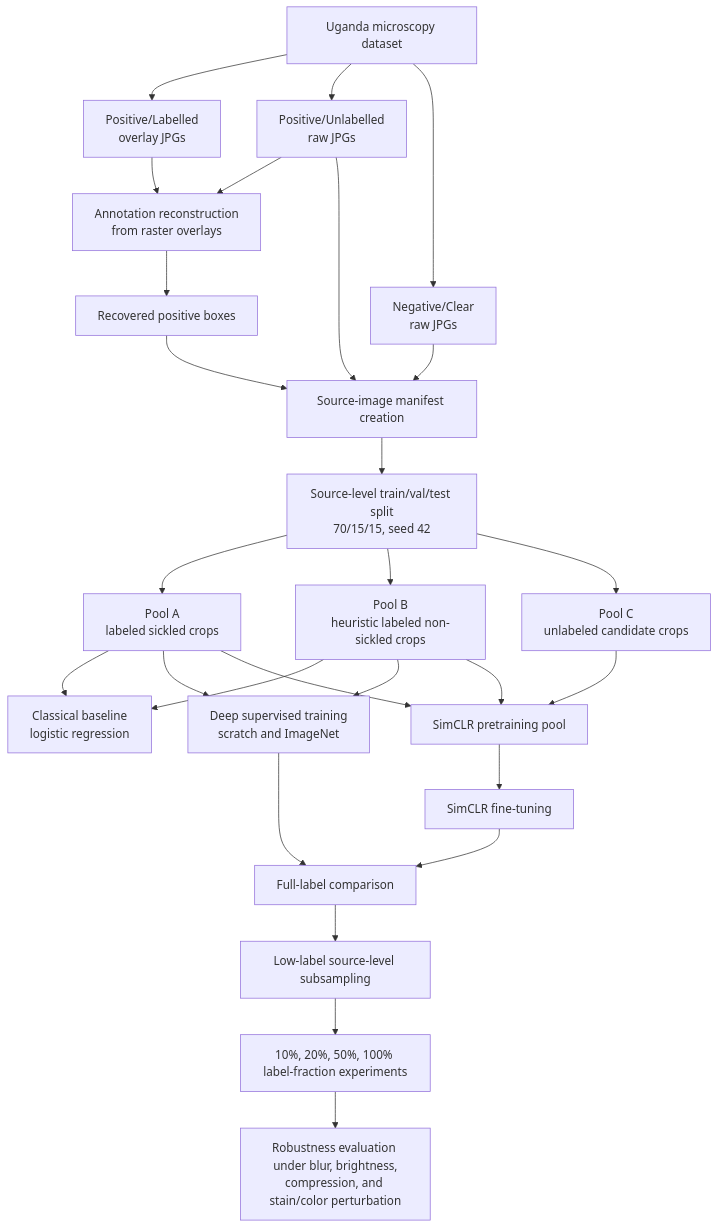
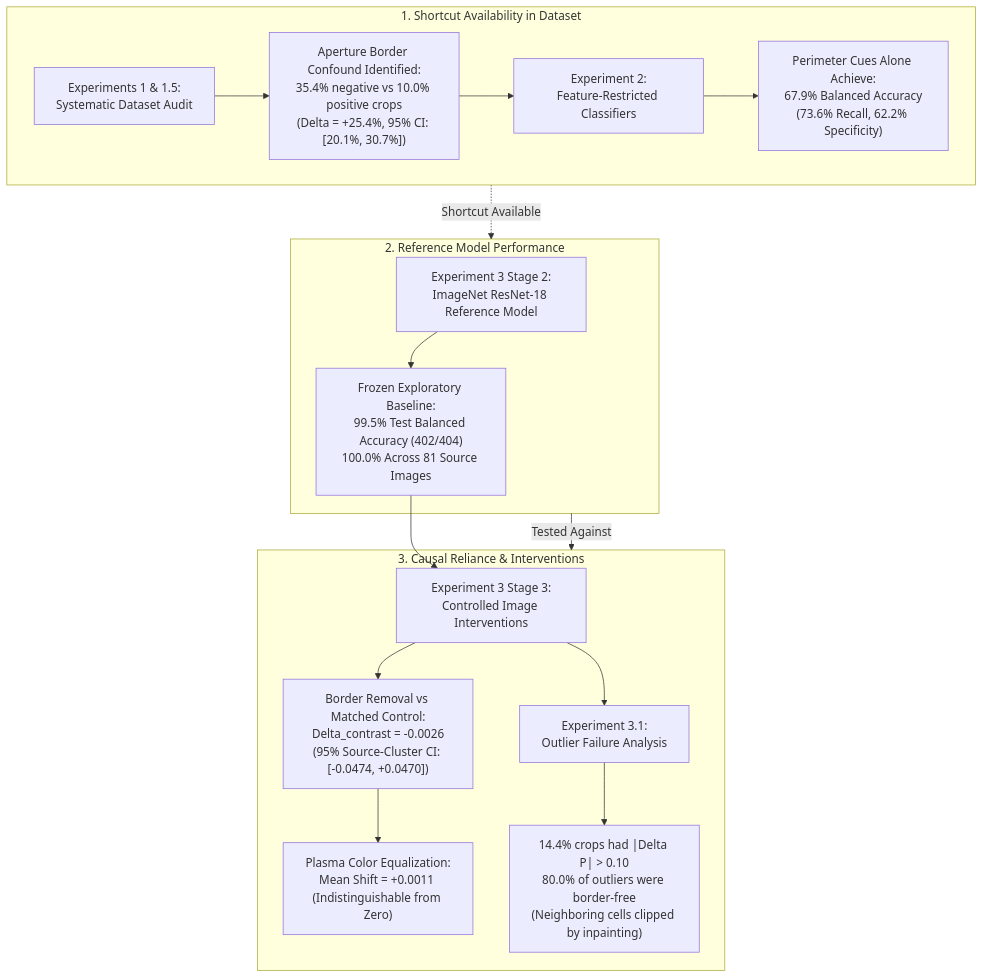
Before and after one commit to Shubhdeepdsa/sickel_cell_ssl: the first of 2 diagrams in README.md, drawn with Mermaid. The commit also changed other lines of this file, not shown here.

Commit message:
docs(readme): overhaul README into publication-grade research paper presentation with figures, architecture, and audit synthesis

````diff
--- a/README.md
+++ b/README.md
@@ -36,36 +41,23 @@
 ```mermaid
 flowchart TD
-    A["Uganda microscopy dataset"] --> B["Positive/Labelled<br/>overlay JPGs"]
-    A --> C["Positive/Unlabelled<br/>raw JPGs"]
-    A --> D["Negative/Clear<br/>raw JPGs"]
+    subgraph Part1 ["1. Shortcut Availability in Dataset"]
+        A["Experiments 1 & 1.5:<br/>Systematic Dataset Audit"] --> B["Aperture Border Confound Identified:<br/>35.4% negative vs 10.0% positive crops<br/>(Delta = +25.4%, 95% CI: [20.1%, 30.7%])"]
+        B --> C["Experiment 2:<br/>Feature-Restricted Classifiers"]
+        C --> D["Perimeter Cues Alone Achieve:<br/>67.9% Balanced Accuracy<br/>(73.6% Recall, 62.2% Specificity)"]
+    end
 
-    B --> E["Annotation reconstruction<br/>from raster overlays"]
-    C --> E
-    E --> F["Recovered positive boxes"]
+    subgraph Part2 ["2. Reference Model Performance"]
+        E["Experiment 3 Stage 2:<br/>ImageNet ResNet-18 Reference Model"] --> F["Frozen Exploratory Baseline:<br/>99.5% Test Balanced Accuracy (402/404)<br/>100.0% Across 81 Source Images"]
+    end
 
-    C --> G["Source-image manifest creation"]
-    D --> G
-    F --> G
+    subgraph Part3 ["3. Causal Reliance & Interventions"]
+        F --> G["Experiment 3 Stage 3:<br/>Controlled Image Interventions"]
+        G --> H["Border Removal vs Matched Control:<br/>Delta_contrast = -0.0026<br/>(95% Source-Cluster CI: [-0.0474, +0.0470])"]
+        H --> I["Plasma Color Equalization:<br/>Mean Shift = +0.0011 (Indistinguishable from Zero)"]
+        G --> J["Experiment 3.1:<br/>Outlier Failure Analysis"]
+        J --> K["14.4% crops had |Delta P| > 0.10<br/>80.0% of outliers were border-free<br/>(Neighboring cells clipped by inpainting)"]
+    end
 
-    G --> H["Source-level train/val/test split<br/>70/15/15, seed 42"]
-    H --> I["Pool A<br/>labeled sickled crops"]
-    H --> J["Pool B<br/>heuristic labeled non-sickled crops"]
-    H --> K["Pool C<br/>unlabeled candidate crops"]
-
-    I --> L["Classical baseline<br/>logistic regression"]
-    J --> L
-
-    I --> M["Deep supervised training<br/>scratch and ImageNet"]
-    J --> M
-
-    I --> N["SimCLR pretraining pool"]
-    J --> N
-    K --> N
-    N --> O["SimCLR fine-tuning"]
-
-    M --> P["Full-label comparison"]
-    O --> P
-    P --> Q["Low-label source-level subsampling"]
-    Q --> R["10%, 20%, 50%, 100% label-fraction experiments"]
-    R --> S["Robustness evaluation under blur, brightness,<br/>compression, and stain/color perturbation"]
+    Part1 -.->|"Shortcut Available"| Part2
+    Part2 -->|"Tested Against"| Part3
 ```
````
